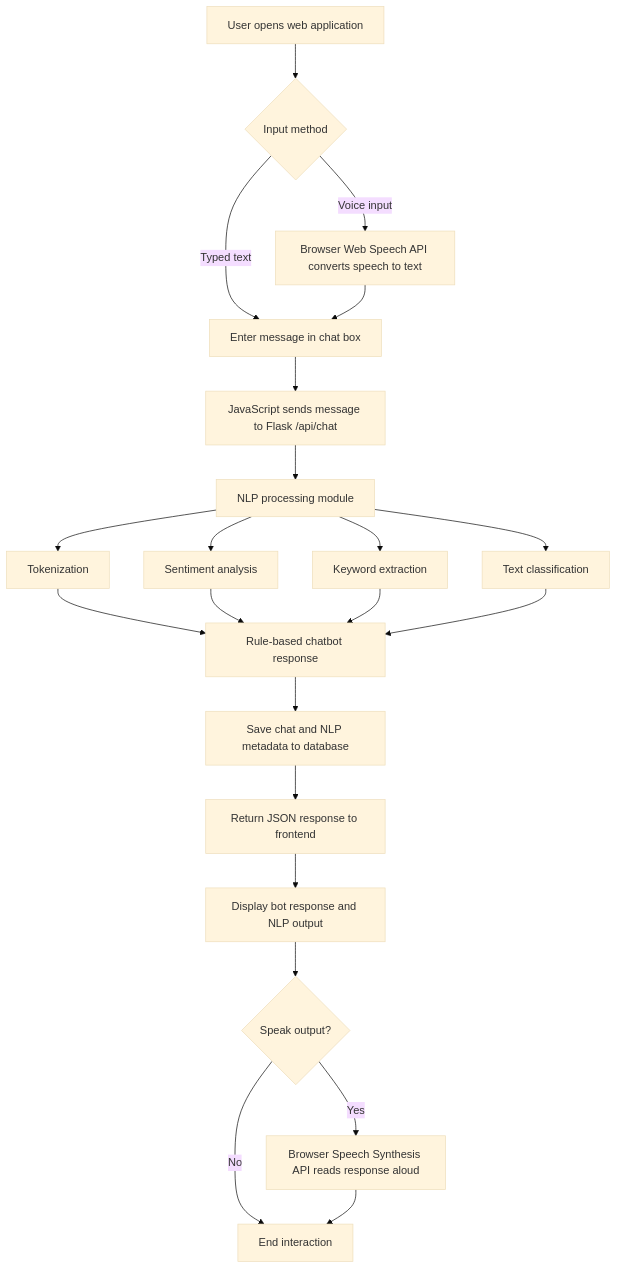
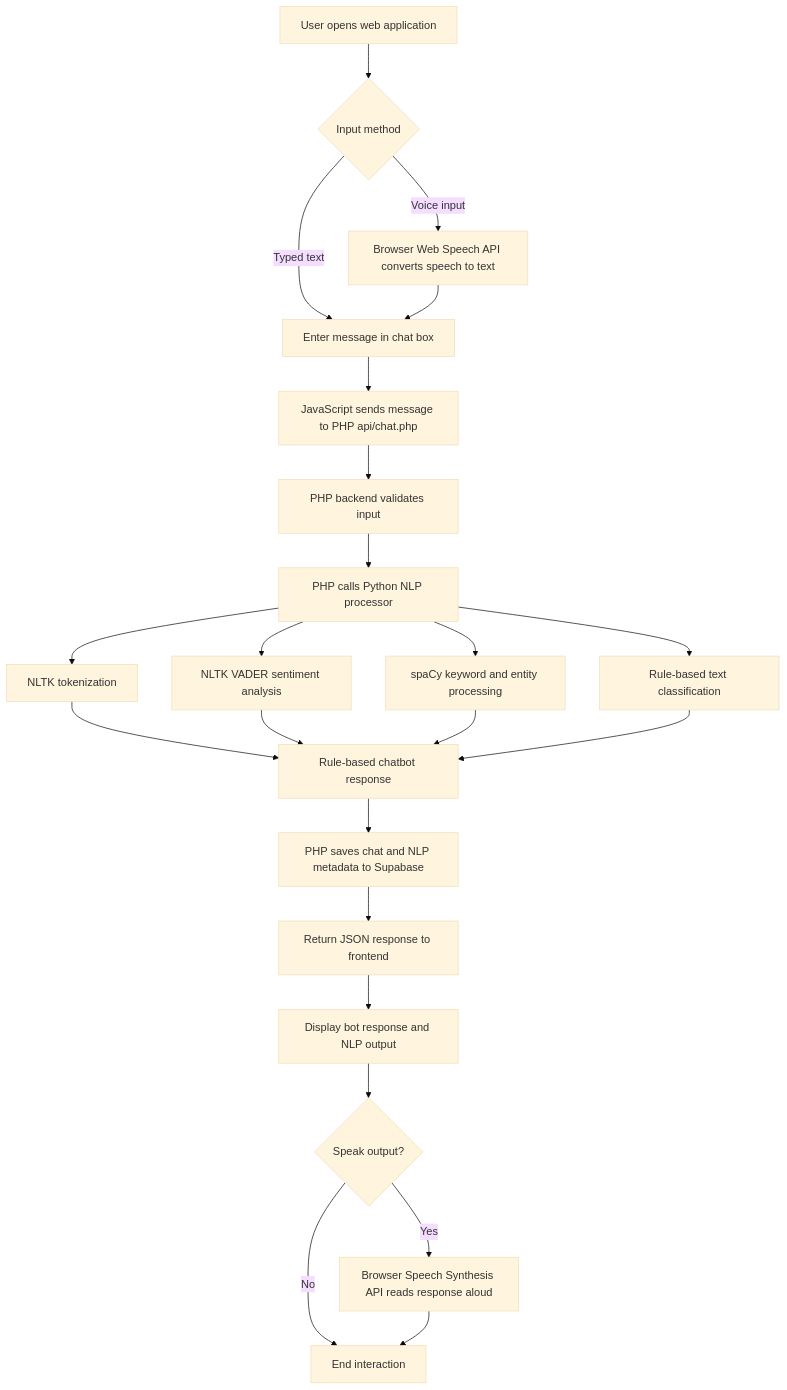
One commit to noobprogrammer333/CS-ELEC changed the diagram in docs/system_flowchart.mmd. Above: the diagram before and after it, drawn with Mermaid (base theme). The commit also changed 21 other files, not shown here.

Commit message:
Switch project to PHP Supabase NLP stack

```diff
--- a/docs/system_flowchart.mmd
+++ b/docs/system_flowchart.mmd
@@ -1,22 +1,23 @@
 flowchart TD
     A[User opens web application] --> B{Input method}
     B -->|Typed text| C[Enter message in chat box]
     B -->|Voice input| D[Browser Web Speech API converts speech to text]
     D --> C
-    C --> E[JavaScript sends message to Flask /api/chat]
-    E --> F[NLP processing module]
-    F --> G[Tokenization]
-    F --> H[Sentiment analysis]
-    F --> I[Keyword extraction]
-    F --> J[Text classification]
-    G --> K[Rule-based chatbot response]
-    H --> K
-    I --> K
-    J --> K
-    K --> L[Save chat and NLP metadata to database]
-    L --> M[Return JSON response to frontend]
-    M --> N[Display bot response and NLP output]
-    N --> O{Speak output?}
-    O -->|Yes| P[Browser Speech Synthesis API reads response aloud]
-    O -->|No| Q[End interaction]
-    P --> Q
+    C --> E[JavaScript sends message to PHP api/chat.php]
+    E --> F[PHP backend validates input]
+    F --> G[PHP calls Python NLP processor]
+    G --> H[NLTK tokenization]
+    G --> I[NLTK VADER sentiment analysis]
+    G --> J[spaCy keyword and entity processing]
+    G --> K[Rule-based text classification]
+    H --> L[Rule-based chatbot response]
+    I --> L
+    J --> L
+    K --> L
+    L --> M[PHP saves chat and NLP metadata to Supabase]
+    M --> N[Return JSON response to frontend]
+    N --> O[Display bot response and NLP output]
+    O --> P{Speak output?}
+    P -->|Yes| Q[Browser Speech Synthesis API reads response aloud]
+    P -->|No| R[End interaction]
+    Q --> R
```
